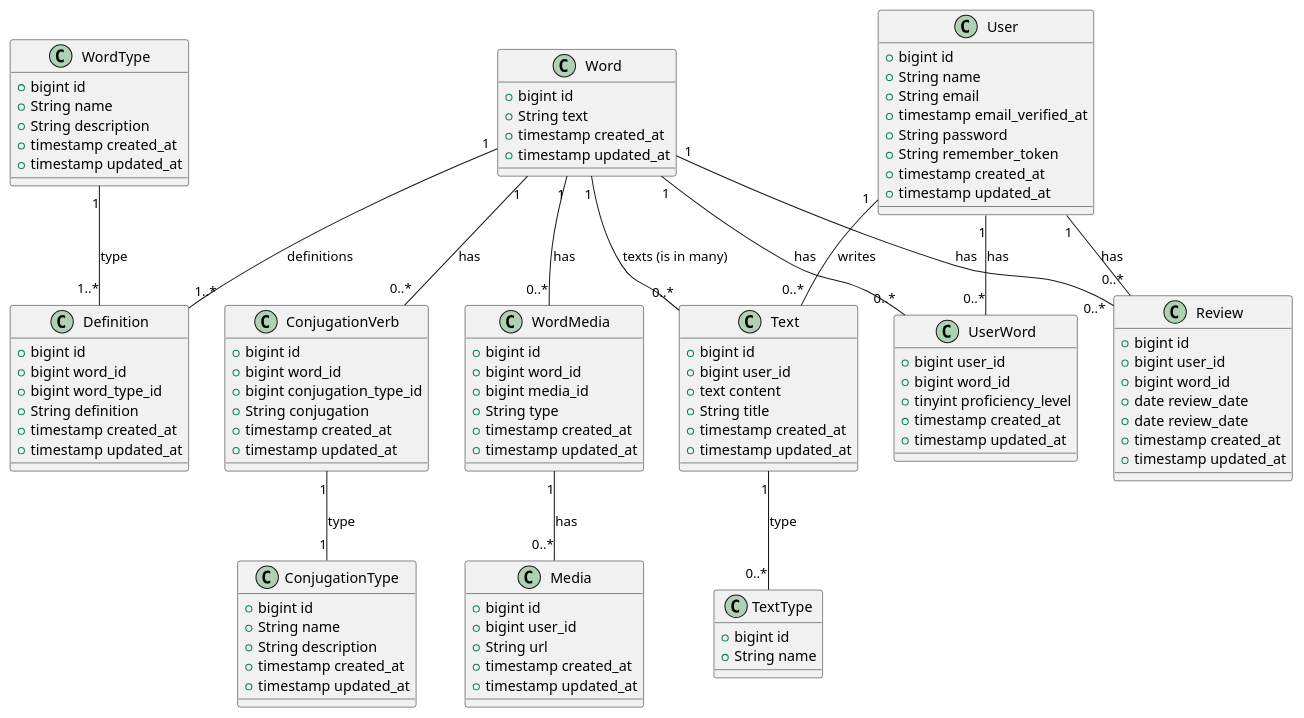
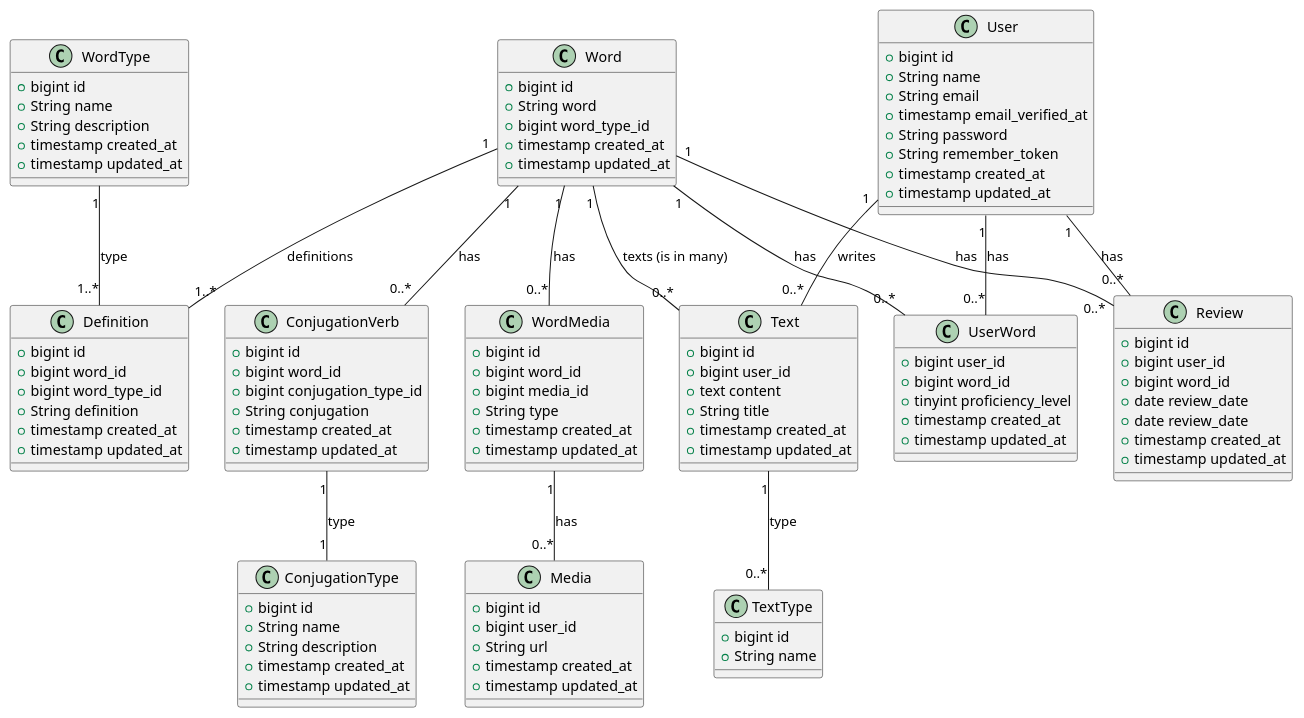
One commit to jfcodiaz/my-vocabulary-api changed the diagram in docs/entities.wsd. Above: the diagram before and after it, drawn with PlantUML. The commit also changed 20 other files, not shown here.

```diff
--- a/docs/entities.wsd
+++ b/docs/entities.wsd
@@ -1,118 +1,119 @@
 @startuml Entities
 
 class WordType {
     +bigint id
     +String name
     +String description
     +timestamp created_at
     +timestamp updated_at
 }
 
 class User {
     +bigint id
     +String name
     +String email
     +timestamp email_verified_at
     +String password
     +String remember_token
     +timestamp created_at
     +timestamp updated_at
 }
 
 class UserWord {
     +bigint user_id
     +bigint word_id
     +tinyint proficiency_level
     +timestamp created_at
     +timestamp updated_at
 }
 
 class Word {
     +bigint id
-    +String text
+    +String word
+    +bigint word_type_id
     +timestamp created_at
     +timestamp updated_at
 }
 
 class Definition {
     +bigint id
     +bigint word_id
     +bigint word_type_id
     +String definition
     +timestamp created_at
     +timestamp updated_at
 }
 
 class Review {
     +bigint id
     +bigint user_id
     +bigint word_id
     +date review_date
     +date review_date
     +timestamp created_at
     +timestamp updated_at
 }
 
 class Text {
     +bigint id
     +bigint user_id
     +text content
     +String title
     +timestamp created_at
     +timestamp updated_at
 }
 
 class  TextType {
     +bigint id
     +String name
 }
 
 class ConjugationVerb {
     +bigint id
     +bigint word_id
     +bigint conjugation_type_id
     +String conjugation
     +timestamp created_at
     +timestamp updated_at
 }
 
 class ConjugationType {
     +bigint id
     +String name
     +String description
     +timestamp created_at
     +timestamp updated_at
 }
 
 class Media {
     +bigint id
     +bigint user_id
     +String url
     +timestamp created_at
     +timestamp updated_at
 }
 
 class WordMedia {
     +bigint id
     +bigint word_id
     +bigint media_id
     +String type
     +timestamp created_at
     +timestamp updated_at
 }
 
 Word "1" -- "0..*" Review : has
 Word "1" -- "0..*" Text : texts (is in many)
 User "1" -- "0..*" Text : writes
 Text "1" -- "0..*" TextType : type
 User "1" -- "0..*" UserWord : has
 Word "1" -- "0..*" UserWord : has
 Word "1" -- "0..*" ConjugationVerb : has
 ConjugationVerb "1" -- "1" ConjugationType : type
 User "1" -- "0..*" Review : has
 Word "1" -- "1..*" Definition : definitions
 WordType "1" -- "1..*" Definition : type
 WordMedia "1" -- "0..*" Media : has
 Word "1" -- "0..*" WordMedia : has
 
 @enduml
```
